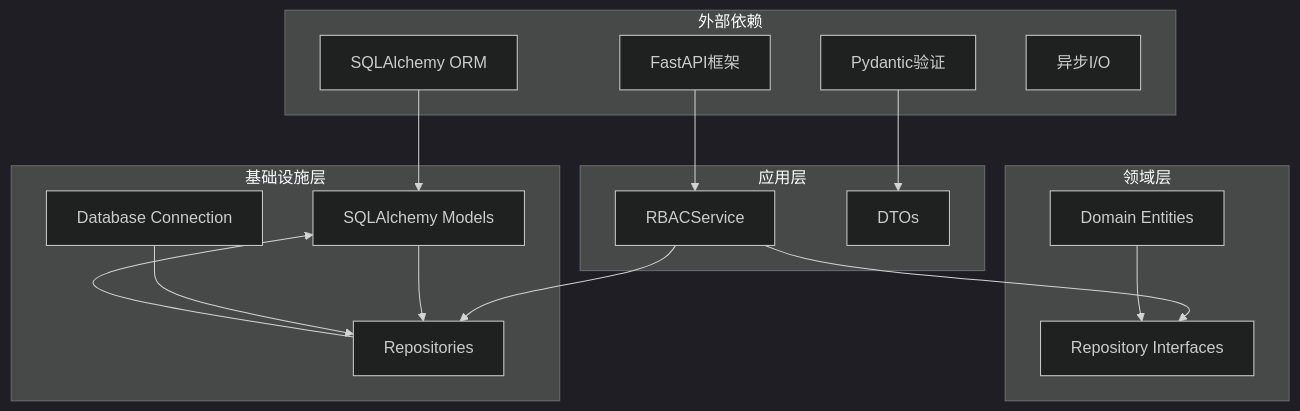
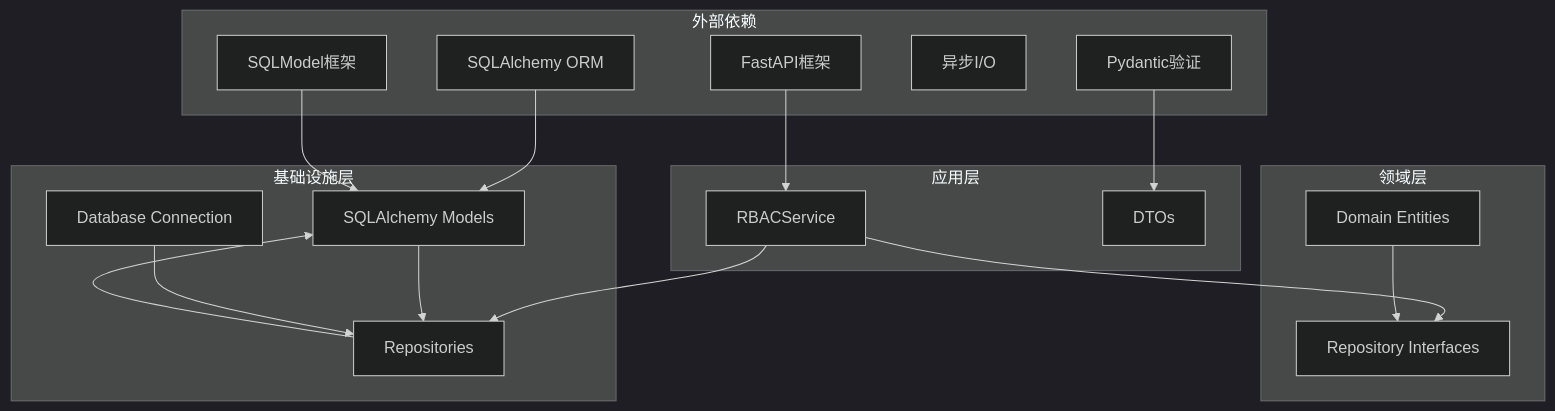
One commit to taoweidong/Hello-FastApi changed the ninth of 9 diagrams in .qoder/repowiki/zh/content/数据模型设计/RBAC实体模型.md. Above: the diagram before and after it, drawn with Mermaid (dark theme). The commit also changed other lines of this file and 11 other files, not shown here.

````diff
--- a/.qoder/repowiki/zh/content/数据模型设计/RBAC实体模型.md
+++ b/.qoder/repowiki/zh/content/数据模型设计/RBAC实体模型.md
@@ -438,31 +522,33 @@
 ```mermaid
 graph TD
 subgraph "外部依赖"
 SQLAlchemy[SQLAlchemy ORM]
 FastAPI[FastAPI框架]
 Pydantic[Pydantic验证]
 AsyncIO[异步I/O]
+SQLModel[SQLModel框架]
 end
 subgraph "应用层"
 RBACService[RBACService]
 DTOs[DTOs]
 end
 subgraph "领域层"
 DomainEntities[Domain Entities]
 Interfaces[Repository Interfaces]
 end
 subgraph "基础设施层"
 SQLModels[SQLAlchemy Models]
 Repositories[Repositories]
 DBConnection[Database Connection]
 end
 SQLAlchemy --> SQLModels
 FastAPI --> RBACService
 Pydantic --> DTOs
 RBACService --> Interfaces
 RBACService --> Repositories
 Repositories --> SQLModels
 DomainEntities --> Interfaces
 SQLModels --> Repositories
 DBConnection --> Repositories
+SQLModel --> SQLModels
 ```
````
